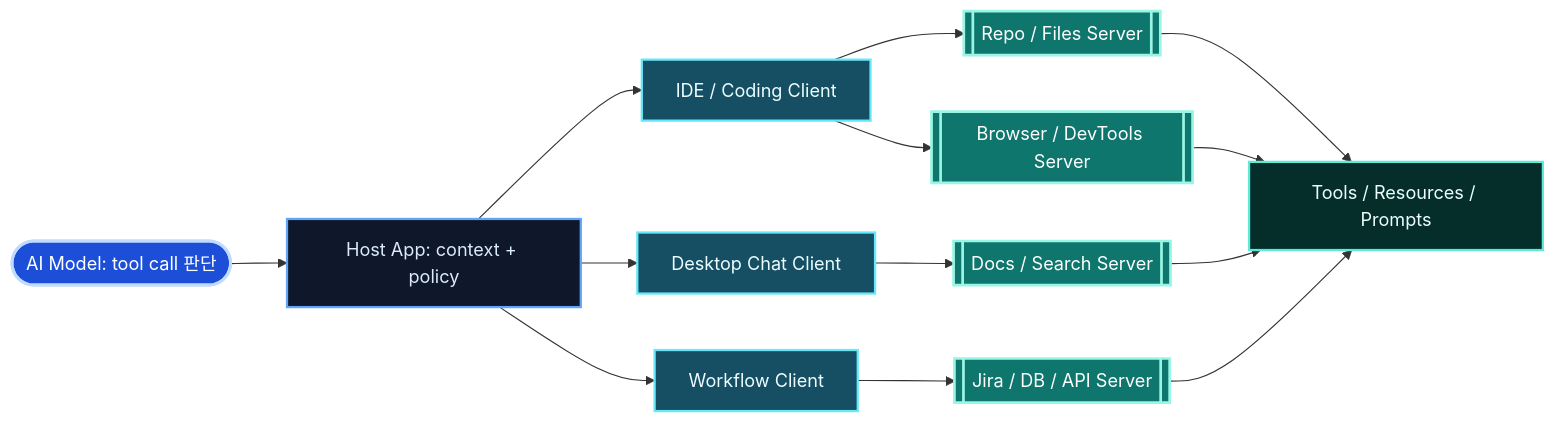
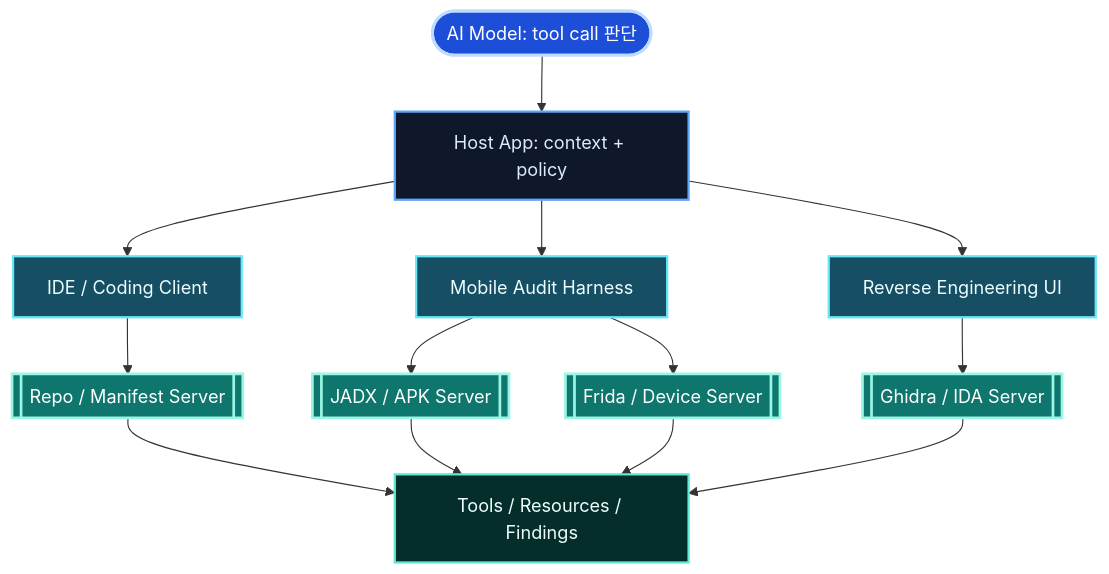
One commit to koalav/present-anyything changed the fourth of 16 diagrams in docs/ai-agent-effective-use/mermaid-diagrams.md. Above: the diagram before and after it, drawn with Mermaid. The commit also changed other lines of this file and 26 other files, not shown here.

````diff
--- a/docs/ai-agent-effective-use/mermaid-diagrams.md
+++ b/docs/ai-agent-effective-use/mermaid-diagrams.md
@@ -70,20 +69,20 @@
 ```mermaid
-flowchart LR
+flowchart TB
   Model(["AI Model: tool call 판단"]):::model --> Host["Host App: context + policy"]:::host
   Host --> C1["IDE / Coding Client"]:::client
-  Host --> C2["Desktop Chat Client"]:::client
-  Host --> C3["Workflow Client"]:::client
-  C1 --> S1[["Repo / Files Server"]]:::server
-  C1 --> S2[["Browser / DevTools Server"]]:::server
-  C2 --> S3[["Docs / Search Server"]]:::server
-  C3 --> S4[["Jira / DB / API Server"]]:::server
-  S1 --> Cap["Tools / Resources / Prompts"]:::cap
+  Host --> C2["Mobile Audit Harness"]:::client
+  Host --> C3["Reverse Engineering UI"]:::client
+  C1 --> S1[["Repo / Manifest Server"]]:::server
+  C2 --> S2[["JADX / APK Server"]]:::server
+  C2 --> S3[["Frida / Device Server"]]:::server
+  C3 --> S4[["Ghidra / IDA Server"]]:::server
+  S1 --> Cap["Tools / Resources / Findings"]:::cap
   S2 --> Cap
   S3 --> Cap
   S4 --> Cap
   classDef model fill:#1d4ed8,stroke:#bfdbfe,color:#ffffff,stroke-width:2.6px;
   classDef host fill:#0f172a,stroke:#60a5fa,color:#dbeafe,stroke-width:2px;
   classDef client fill:#164e63,stroke:#67e8f9,color:#ecfeff,stroke-width:2px;
   classDef server fill:#0f766e,stroke:#99f6e4,color:#ffffff,stroke-width:2.4px;
   classDef cap fill:#052e2b,stroke:#5eead4,color:#ecfeff,stroke-width:2px;
 ```
````
